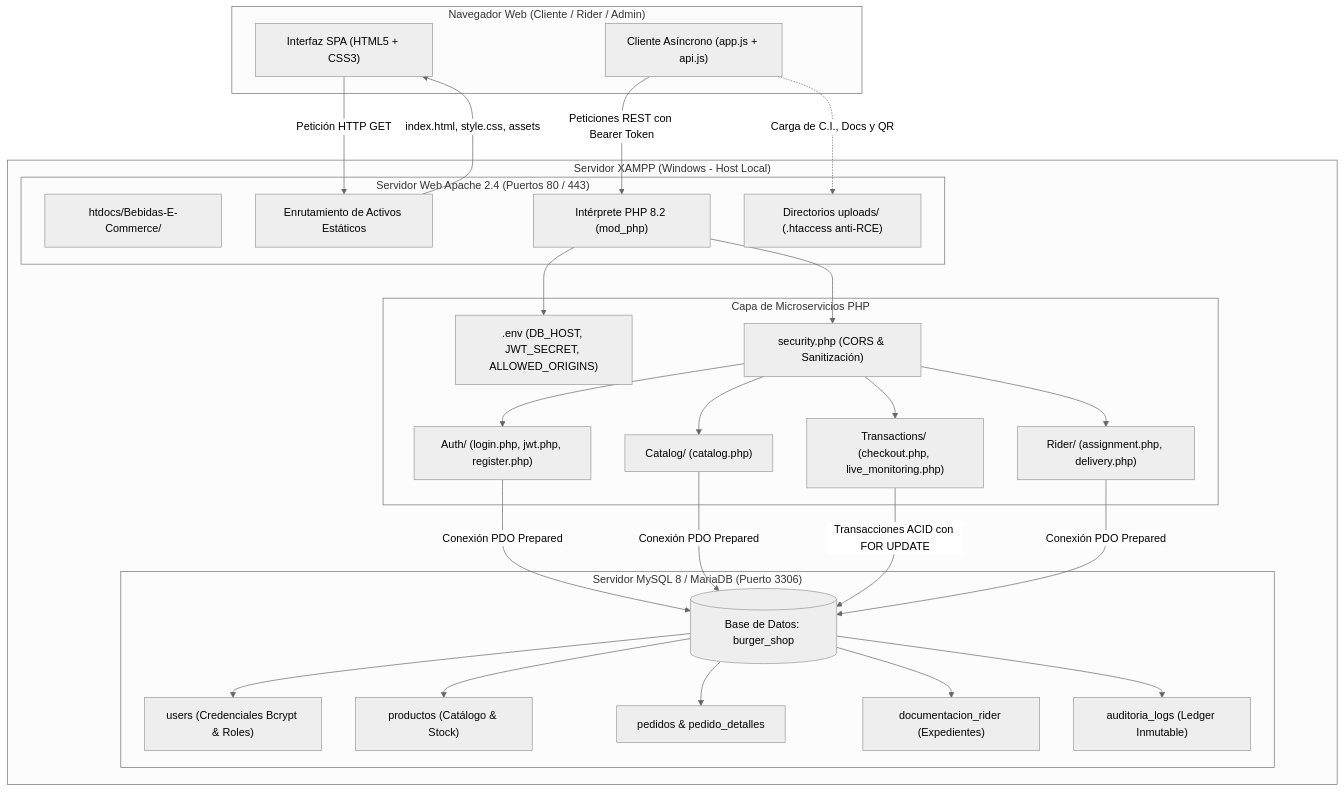
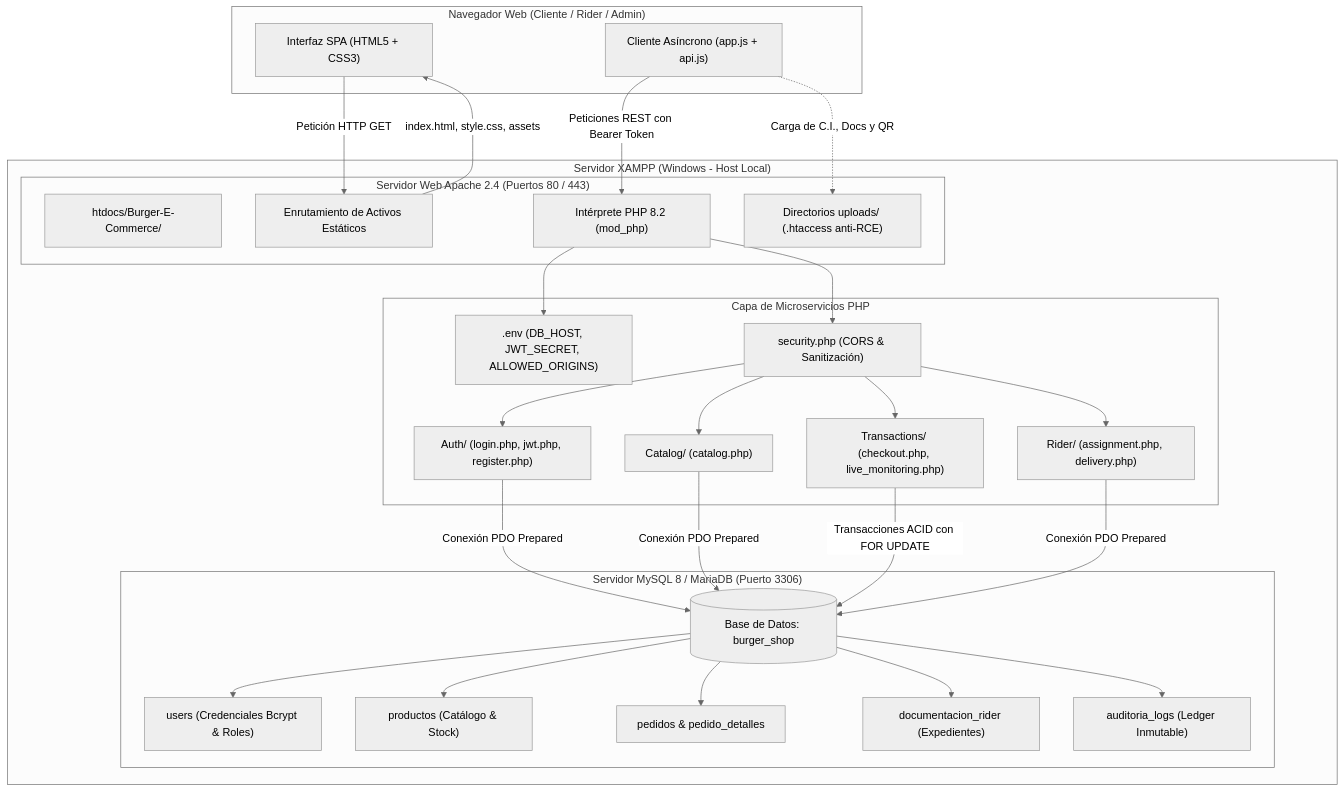
One commit to TuGfaNat/Bebidas-E-Commerce changed the first of 2 diagrams in docs/GUIA_DESPLIEGUE_XAMPP.md. Above: the diagram before and after it, drawn with Mermaid (neutral theme). The commit also changed other lines of this file and 19 other files, not shown here.

First line of the commit message:
feat(rebranding): migrar marca global a Burger 24/7 y directorio Burger-E-Commerce

````diff
--- a/docs/GUIA_DESPLIEGUE_XAMPP.md
+++ b/docs/GUIA_DESPLIEGUE_XAMPP.md
@@ -39,54 +39,54 @@
 ```mermaid
 flowchart TD
     subgraph Cliente["Navegador Web (Cliente / Rider / Admin)"]
         UI["Interfaz SPA (HTML5 + CSS3)"]
         JS["Cliente Asíncrono (app.js + api.js)"]
     end
 
     subgraph XAMPPServer["Servidor XAMPP (Windows - Host Local)"]
         subgraph Apache["Servidor Web Apache 2.4 (Puertos 80 / 443)"]
-            HTDOCS["htdocs/Bebidas-E-Commerce/"]
+            HTDOCS["htdocs/Burger-E-Commerce/"]
             ROUTER["Enrutamiento de Activos Estáticos"]
             MODPHP["Intérprete PHP 8.2 (mod_php)"]
             UPLOADS["Directorios uploads/ (.htaccess anti-RCE)"]
         end
 
         subgraph Microservicios["Capa de Microservicios PHP"]
             ENV[".env (DB_HOST, JWT_SECRET, ALLOWED_ORIGINS)"]
             SEC["security.php (CORS & Sanitización)"]
             SRV_AUTH["Auth/ (login.php, jwt.php, register.php)"]
             SRV_CAT["Catalog/ (catalog.php)"]
             SRV_TX["Transactions/ (checkout.php, live_monitoring.php)"]
             SRV_RIDER["Rider/ (assignment.php, delivery.php)"]
         end
 
         subgraph MariaDB["Servidor MySQL 8 / MariaDB (Puerto 3306)"]
             DB[(Base de Datos: burger_shop)]
             TB_USERS["users (Credenciales Bcrypt & Roles)"]
             TB_PROD["productos (Catálogo & Stock)"]
             TB_PED["pedidos & pedido_detalles"]
             TB_DOC["documentacion_rider (Expedientes)"]
             TB_AUDIT["auditoria_logs (Ledger Inmutable)"]
         end
     end
 
     UI -->|Petición HTTP GET| ROUTER
     ROUTER -->|index.html, style.css, assets| UI
     JS -->|Peticiones REST con Bearer Token| MODPHP
     MODPHP --> ENV
     MODPHP --> SEC
     SEC --> SRV_AUTH
     SEC --> SRV_CAT
     SEC --> SRV_TX
     SEC --> SRV_RIDER
     SRV_AUTH -->|Conexión PDO Prepared| DB
     SRV_CAT -->|Conexión PDO Prepared| DB
     SRV_TX -->|Transacciones ACID con FOR UPDATE| DB
     SRV_RIDER -->|Conexión PDO Prepared| DB
     DB --> TB_USERS
     DB --> TB_PROD
     DB --> TB_PED
     DB --> TB_DOC
     DB --> TB_AUDIT
     JS -.->|Carga de C.I., Docs y QR| UPLOADS
 ```
````
